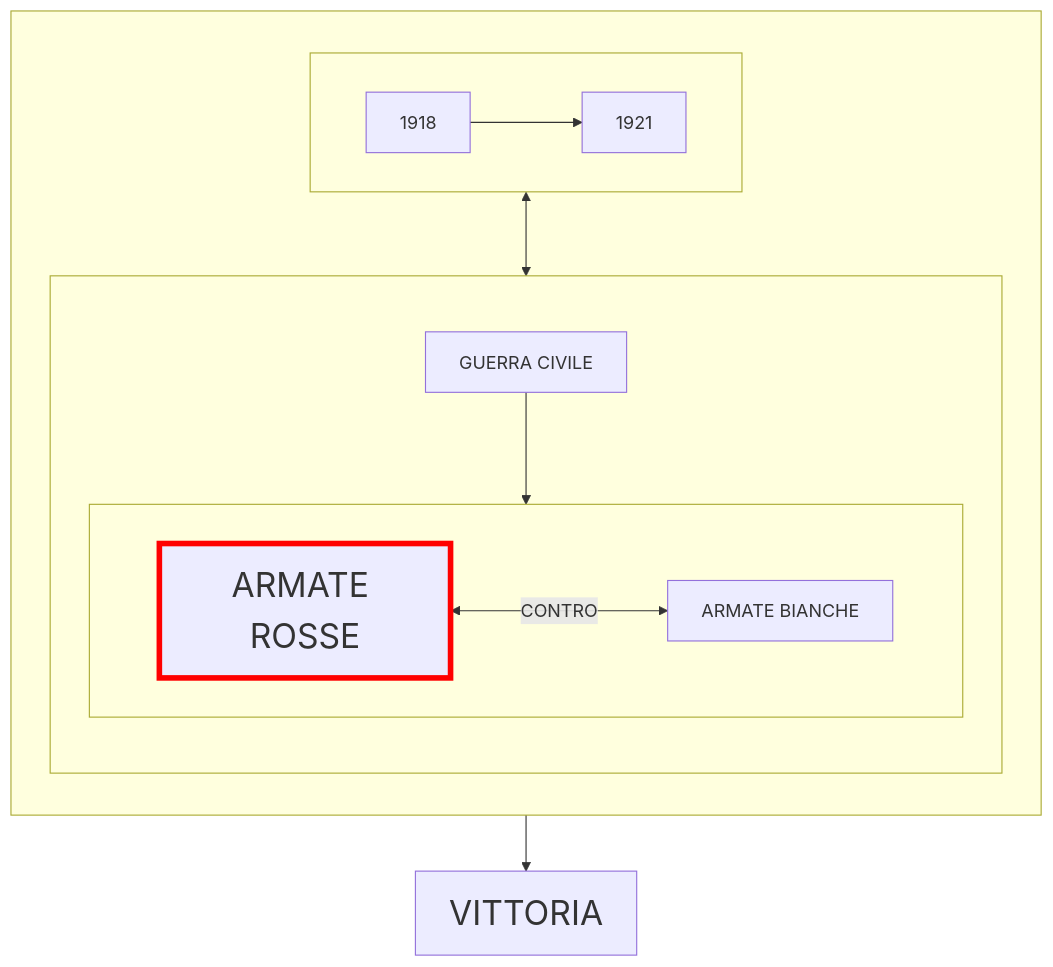
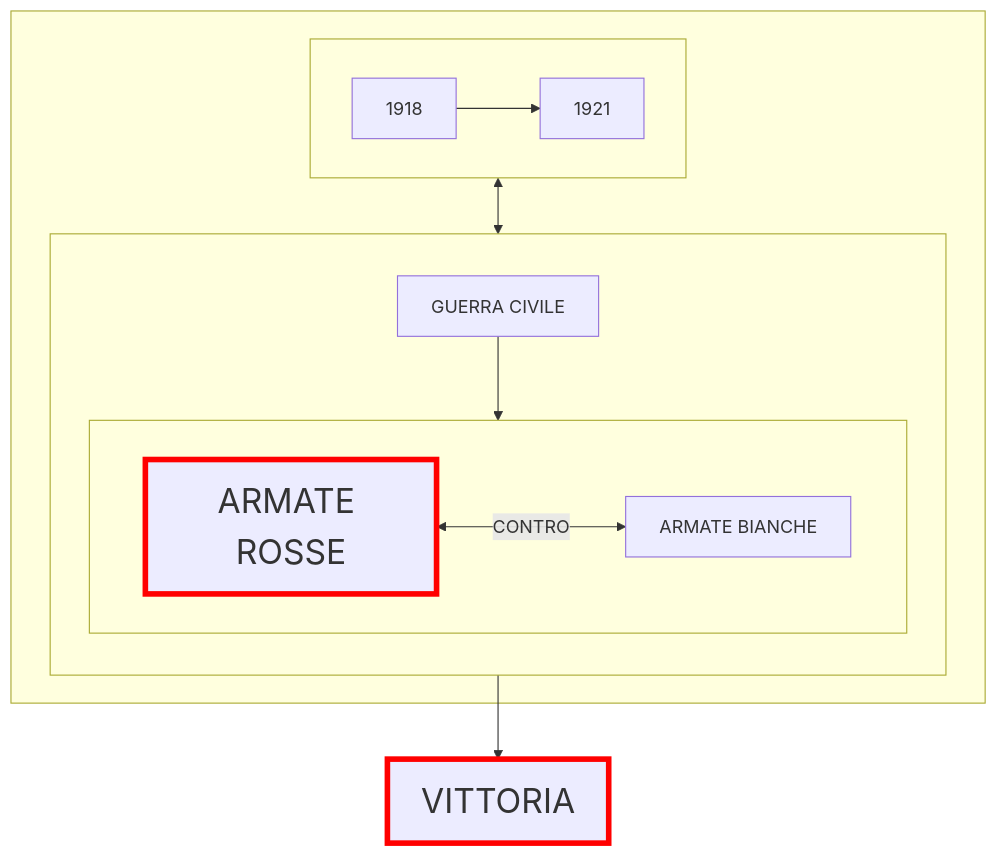
One commit to Laaouatni/ricerca-storia-MermaidJS changed the diagram in prova.md. Above: the diagram before and after it, drawn with Mermaid.

````diff
--- a/prova.md
+++ b/prova.md
@@ -1,29 +1,28 @@
 ```mermaid
 flowchart TB;
   subgraph 0[" "]
-    direction TB;
     subgraph 01[" "]
       direction LR;
       010[1918]
       011[1921]
       010 --> 011
     end
     01 <--> 02
 
     subgraph 02[" "]
       direction TB;
       020[GUERRA CIVILE]
       subgraph 021[" "]
         direction LR;
         0210[ARMATE ROSSE]
         style 0210 stroke:#ff0000,stroke-width:5px, font-size:30px;
         0211[ARMATE BIANCHE]
         0210 <-->|CONTRO| 0211
       end
       020 --> 021
     end
   end
   1[VITTORIA]
-  style 1 font-size:30px;
+  style 1 stroke:#ff0000,stroke-width:5px, font-size:30px;
   0210 --> 1
 ```
````
